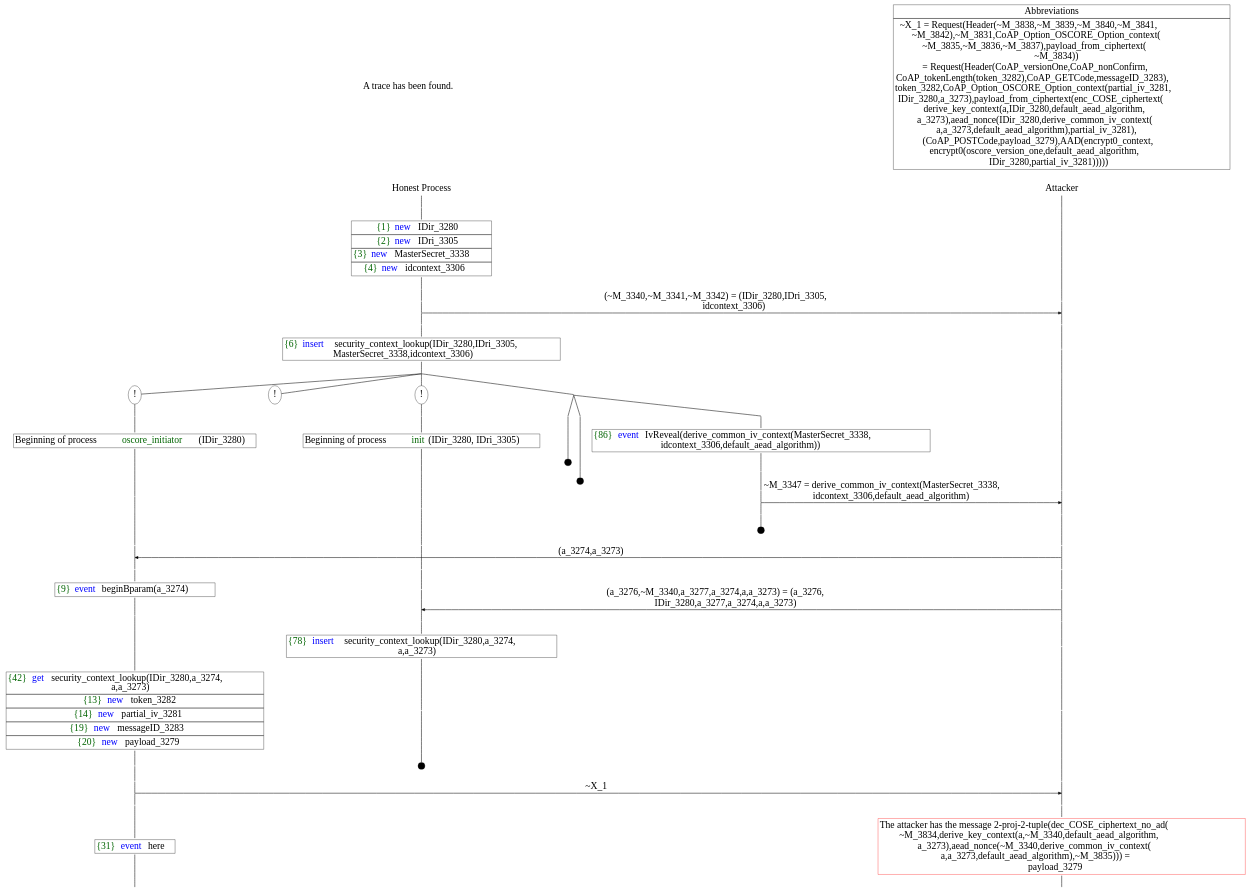
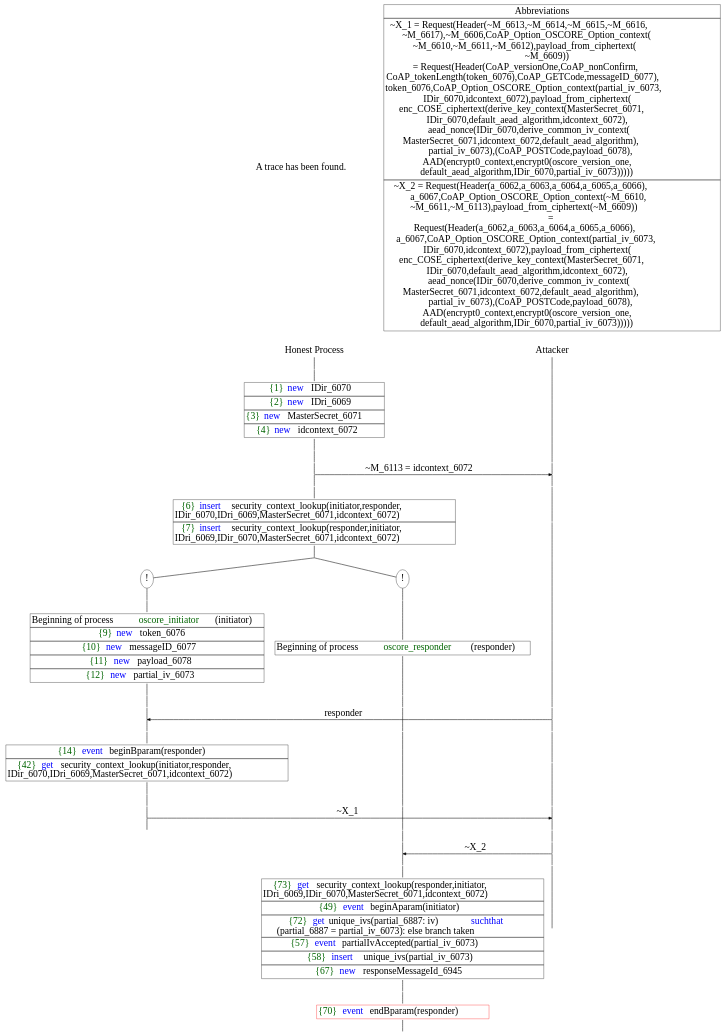
Before and after one commit to joakiti/OSCOREProverif: the diagram in trace1.dot, drawn with Graphviz. The commit also changed 14 other files, not shown here.

Commit message:
Huge refactor, probably broke something.. Anyhow, security context is now decent!

```diff
--- a/trace1.dot
+++ b/trace1.dot
@@ -9,7 +9,7 @@
 Trace -> P0__0 [label = "", style = invisible, weight = 100]{rank = same; P0__0 P__0}
 P0__0 -> P0__1 [label = <>, weight = 100]
 P0__1 -> P0__2 [label = <>, weight = 100]
-P0__2 [shape = plaintext, label = <<TABLE BORDER="0" CELLBORDER="1" CELLSPACING="0" CELLPADDING="4"> <TR><TD><FONT COLOR="darkgreen">{1}</FONT><FONT COLOR="blue">new </FONT>IDir_3280</TD></TR><TR><TD><FONT COLOR="darkgreen">{2}</FONT><FONT COLOR="blue">new </FONT>IDri_3305</TD></TR><TR><TD><FONT COLOR="darkgreen">{3}</FONT><FONT COLOR="blue">new </FONT>MasterSecret_3338</TD></TR><TR><TD><FONT COLOR="darkgreen">{4}</FONT><FONT COLOR="blue">new </FONT>idcontext_3306</TD></TR></TABLE>>]
+P0__2 [shape = plaintext, label = <<TABLE BORDER="0" CELLBORDER="1" CELLSPACING="0" CELLPADDING="4"> <TR><TD><FONT COLOR="darkgreen">{1}</FONT><FONT COLOR="blue">new </FONT>IDir_6070</TD></TR><TR><TD><FONT COLOR="darkgreen">{2}</FONT><FONT COLOR="blue">new </FONT>IDri_6069</TD></TR><TR><TD><FONT COLOR="darkgreen">{3}</FONT><FONT COLOR="blue">new </FONT>MasterSecret_6071</TD></TR><TR><TD><FONT COLOR="darkgreen">{4}</FONT><FONT COLOR="blue">new </FONT>idcontext_6072</TD></TR></TABLE>>]
 P0__2 -> P0__3 [label = <>, weight = 100]
 P0__3 -> P0__4 [label = <>, weight = 100]
 P__0 -> P__1 [label = <>, weight = 100]
@@ -17,185 +17,116 @@
 P0__4 -> P0__5 [label = <>, weight = 100]
 P__1 -> P__2 [label = <>, weight = 100]
 {rank = same; P__2 P0__5}
-P0__5 -> P__2 [label = <(~M_3340,~M_3341,~M_3342) = (IDir_3280,IDri_3305,<br/>
-idcontext_3306)>, arrowhead = normal]
+P0__5 -> P__2 [label = <~M_6113 = idcontext_6072>, arrowhead = normal]
 P0__5 -> P0__6 [label = <>, weight = 100]
 P__2 -> P__3 [label = <>, weight = 100]
 {rank = same; P__3 P0__6}
 P0__6 -> P0__7 [label = <>, weight = 100]
-P0__7 [shape = plaintext, label = <<TABLE BORDER="0" CELLBORDER="1" CELLSPACING="0" CELLPADDING="4"> <TR><TD><FONT COLOR="darkgreen">{6}</FONT><FONT COLOR="blue">insert </FONT>security_context_lookup(IDir_3280,IDri_3305,<br/>
-MasterSecret_3338,idcontext_3306)</TD></TR></TABLE>>]
+P0__7 [shape = plaintext, label = <<TABLE BORDER="0" CELLBORDER="1" CELLSPACING="0" CELLPADDING="4"> <TR><TD><FONT COLOR="darkgreen">{6}</FONT><FONT COLOR="blue">insert </FONT>security_context_lookup(initiator,responder,<br/>
+IDir_6070,IDri_6069,MasterSecret_6071,idcontext_6072)<br/>
+</TD></TR><TR><TD><FONT COLOR="darkgreen">{7}</FONT><FONT COLOR="blue">insert </FONT>security_context_lookup(responder,initiator,<br/>
+IDri_6069,IDir_6070,MasterSecret_6071,idcontext_6072)<br/>
+</TD></TR></TABLE>>]
 P0__7 -> P0__8 [label = <>, weight = 100]
 P__3 -> P__4 [label = <>, weight = 100]
 {rank = same; P__4 P0__7}
 /*RPar */
-P0__8 -> P0_3__8 [label = <>]
-P0__8 -> P0_2__8 [label = <>]
 P0__8 -> P0_1__8 [label = <>]
 P0__8 -> P0_0__8 [label = <>]
 P0__8 [label = "", fixedsize = false, width = 0, height = 0, shape = none]
-{rank = same; P0_0__8 P0_1__8 P0_2__8 P0_3__8}
-/*RPar */
-P0_0__8 -> P0_0_2__8 [label = <>]
-P0_0__8 -> P0_0_1__8 [label = <>]
-P0_0__8 -> P0_0_0__8 [label = <>]
-P0_0__8 [label = "", fixedsize = false, width = 0, height = 0, shape = none]
-{rank = same; P0_0_0__8 P0_0_1__8 P0_0_2__8}
+{rank = same; P0_0__8 P0_1__8}
+P0_0__8 [label = "!", shape = ellipse]
+P0_0_0__8 [label = "", fixedsize = false, width = 0, height = 0, shape = none]
+P0_0__8 -> P0_0_0__8 [label = <>, weight = 100]
 P0_0_0__8 -> P0_0_0__9 [label = <>, weight = 100]
-P0_0_0__9 [shape = plaintext, label = <<TABLE BORDER="0" CELLBORDER="1" CELLSPACING="0" CELLPADDING="4"> <TR><TD><FONT COLOR="darkgreen">{86}</FONT><FONT COLOR="blue">event</FONT> IvReveal(derive_common_iv_context(MasterSecret_3338,<br/>
-idcontext_3306,default_aead_algorithm))</TD></TR></TABLE>>]
+P0_0_0__9 [shape = plaintext, label = <<TABLE BORDER="0" CELLBORDER="1" CELLSPACING="0" CELLPADDING="4"> <TR><TD>Beginning of process <FONT COLOR="darkgreen">oscore_responder</FONT>(responder)<br/>
+</TD></TR></TABLE>>]
 P0_0_0__9 -> P0_0_0__10 [label = <>, weight = 100]
-P0_0_0__10 -> P0_0_0__11 [label = <>, weight = 100]
-P__4 -> P__5 [label = <>, weight = 100]
-{rank = same; P__5 P0_0_0__11}
-P0_0_0__11 -> P0_0_0__12 [label = <>, weight = 100]
-P__5 -> P__6 [label = <>, weight = 100]
-{rank = same; P__6 P0_0_0__12}
-P0_0_0__12 -> P__6 [label = <~M_3347 = derive_common_iv_context(MasterSecret_3338,<br/>
-idcontext_3306,default_aead_algorithm)>, arrowhead = normal]
-P0_0_0__12 -> P0_0_0__13 [label = <>, weight = 100]
-P__6 -> P__7 [label = <>, weight = 100]
-{rank = same; P__7 P0_0_0__13}
-P0_0_0__14 [label = "", width = 0.3, height = 0.3]
-P0_0_0__13 -> P0_0_0__14 [label = <>, weight = 100]
-P0_0_1__9 [label = "", width = 0.3, height = 0.3]
-P0_0_1__8 -> P0_0_1__9 [label = <>, weight = 100]
-P0_0_2__9 [label = "", width = 0.3, height = 0.3]
-P0_0_2__8 -> P0_0_2__9 [label = <>, weight = 100]
 P0_1__8 [label = "!", shape = ellipse]
 P0_1_0__8 [label = "", fixedsize = false, width = 0, height = 0, shape = none]
 P0_1__8 -> P0_1_0__8 [label = <>, weight = 100]
 P0_1_0__8 -> P0_1_0__9 [label = <>, weight = 100]
-P0_1_0__9 [shape = plaintext, label = <<TABLE BORDER="0" CELLBORDER="1" CELLSPACING="0" CELLPADDING="4"> <TR><TD>Beginning of process <FONT COLOR="darkgreen">init</FONT>(IDir_3280, IDri_3305)<br/>
+P0_1_0__9 [shape = plaintext, label = <<TABLE BORDER="0" CELLBORDER="1" CELLSPACING="0" CELLPADDING="4"> <TR><TD>Beginning of process <FONT COLOR="darkgreen">oscore_initiator</FONT>(initiator)<br/>
+</TD></TR><TR><TD><FONT COLOR="darkgreen">{9}</FONT><FONT COLOR="blue">new </FONT>token_6076</TD></TR><TR><TD><FONT COLOR="darkgreen">{10}</FONT><FONT COLOR="blue">new </FONT>messageID_6077</TD></TR><TR><TD><FONT COLOR="darkgreen">{11}</FONT><FONT COLOR="blue">new </FONT>payload_6078</TD></TR><TR><TD><FONT COLOR="darkgreen">{12}</FONT><FONT COLOR="blue">new </FONT>partial_iv_6073</TD></TR></TABLE>>]
+P0_1_0__9 -> P0_1_0__10 [label = <>, weight = 100]
+P0_1_0__10 -> P0_1_0__11 [label = <>, weight = 100]
+P0_0_0__10 -> P0_0_0__11 [label = <>, weight = 100]
+P__4 -> P__5 [label = <>, weight = 100]
+{rank = same; P__5 P0_0_0__11 P0_1_0__11}
+P0_1_0__11 -> P0_1_0__12 [label = <>, weight = 100]
+P__5 -> P__6 [label = <>, weight = 100]
+{rank = same; P__6 P0_1_0__12}
+P0_1_0__12 -> P__6 [label = <responder>, dir = back, arrowhead = normal]
+P0_1_0__12 -> P0_1_0__13 [label = <>, weight = 100]
+P0_0_0__11 -> P0_0_0__12 [label = <>, weight = 100]
+P__6 -> P__7 [label = <>, weight = 100]
+{rank = same; P__7 P0_0_0__12 P0_1_0__13}
+P0_1_0__13 -> P0_1_0__14 [label = <>, weight = 100]
+P0_1_0__14 [shape = plaintext, label = <<TABLE BORDER="0" CELLBORDER="1" CELLSPACING="0" CELLPADDING="4"> <TR><TD><FONT COLOR="darkgreen">{14}</FONT><FONT COLOR="blue">event</FONT> beginBparam(responder)</TD></TR><TR><TD><FONT COLOR="darkgreen">{42}</FONT><FONT COLOR="blue">get </FONT>security_context_lookup(initiator,responder,<br/>
+IDir_6070,IDri_6069,MasterSecret_6071,idcontext_6072)<br/>
 </TD></TR></TABLE>>]
-P0_1_0__9 -> P0_1_0__10 [label = <>, weight = 100]
-P0_2__8 [label = "!", shape = ellipse]
-P0_3__8 [label = "!", shape = ellipse]
-P0_3_0__8 [label = "", fixedsize = false, width = 0, height = 0, shape = none]
-P0_3__8 -> P0_3_0__8 [label = <>, weight = 100]
-P0_3_0__8 -> P0_3_0__9 [label = <>, weight = 100]
-P0_3_0__9 [shape = plaintext, label = <<TABLE BORDER="0" CELLBORDER="1" CELLSPACING="0" CELLPADDING="4"> <TR><TD>Beginning of process <FONT COLOR="darkgreen">oscore_initiator</FONT>(IDir_3280)<br/>
-</TD></TR></TABLE>>]
-P0_3_0__9 -> P0_3_0__10 [label = <>, weight = 100]
-P0_3_0__10 -> P0_3_0__11 [label = <>, weight = 100]
-P0_2__9 [label = "", style = invisible]
-P0_2__8 -> P0_2__9 [label = <>, weight = 100, style = invisible]
-P0_1_0__10 -> P0_1_0__11 [label = <>, weight = 100]
-P0_0_2__10 [label = "", style = invisible]
-P0_0_2__9 -> P0_0_2__10 [label = <>, weight = 100, style = invisible]
-P0_0_1__10 [label = "", style = invisible]
-P0_0_1__9 -> P0_0_1__10 [label = <>, weight = 100, style = invisible]
-P0_0_0__15 [label = "", style = invisible]
-P0_0_0__14 -> P0_0_0__15 [label = <>, weight = 100, style = invisible]
+P0_1_0__14 -> P0_1_0__15 [label = <>, weight = 100]
 P__7 -> P__8 [label = <>, weight = 100]
-{rank = same; P__8 P0_0_0__15 P0_0_1__10 P0_0_2__10 P0_1_0__11 P0_2__9 P0_3_0__11}
-P0_3_0__11 -> P0_3_0__12 [label = <>, weight = 100]
+{rank = same; P__8 P0_1_0__14}
+P0_1_0__15 -> P0_1_0__16 [label = <>, weight = 100]
+P0_0_0__12 -> P0_0_0__13 [label = <>, weight = 100]
 P__8 -> P__9 [label = <>, weight = 100]
-{rank = same; P__9 P0_3_0__12}
-P0_3_0__12 -> P__9 [label = <(a_3274,a_3273)>, dir = back, arrowhead = normal]
-P0_3_0__12 -> P0_3_0__13 [label = <>, weight = 100]
-P0_2__10 [label = "", style = invisible]
-P0_2__9 -> P0_2__10 [label = <>, weight = 100, style = invisible]
-P0_1_0__11 -> P0_1_0__12 [label = <>, weight = 100]
-P0_0_2__11 [label = "", style = invisible]
-P0_0_2__10 -> P0_0_2__11 [label = <>, weight = 100, style = invisible]
-P0_0_1__11 [label = "", style = invisible]
-P0_0_1__10 -> P0_0_1__11 [label = <>, weight = 100, style = invisible]
-P0_0_0__16 [label = "", style = invisible]
-P0_0_0__15 -> P0_0_0__16 [label = <>, weight = 100, style = invisible]
+{rank = same; P__9 P0_0_0__13 P0_1_0__16}
+P0_1_0__16 -> P0_1_0__17 [label = <>, weight = 100]
 P__9 -> P__10 [label = <>, weight = 100]
-{rank = same; P__10 P0_0_0__16 P0_0_1__11 P0_0_2__11 P0_1_0__12 P0_2__10 P0_3_0__13}
-P0_3_0__13 -> P0_3_0__14 [label = <>, weight = 100]
-P0_3_0__14 [shape = plaintext, label = <<TABLE BORDER="0" CELLBORDER="1" CELLSPACING="0" CELLPADDING="4"> <TR><TD><FONT COLOR="darkgreen">{9}</FONT><FONT COLOR="blue">event</FONT> beginBparam(a_3274)</TD></TR></TABLE>>]
-P0_3_0__14 -> P0_3_0__15 [label = <>, weight = 100]
-P0_1_0__12 -> P0_1_0__13 [label = <>, weight = 100]
-P0_0_2__12 [label = "", style = invisible]
-P0_0_2__11 -> P0_0_2__12 [label = <>, weight = 100, style = invisible]
-P0_0_1__12 [label = "", style = invisible]
-P0_0_1__11 -> P0_0_1__12 [label = <>, weight = 100, style = invisible]
-P0_0_0__17 [label = "", style = invisible]
-P0_0_0__16 -> P0_0_0__17 [label = <>, weight = 100, style = invisible]
+{rank = same; P__10 P0_1_0__17}
+P0_1_0__17 -> P__10 [label = <~X_1>, arrowhead = normal]
+P0_1_0__17 -> P0_1_0__18 [label = <>, weight = 100]
+P0_0_0__13 -> P0_0_0__14 [label = <>, weight = 100]
 P__10 -> P__11 [label = <>, weight = 100]
-{rank = same; P__11 P0_0_0__17 P0_0_1__12 P0_0_2__12 P0_1_0__13}
-P0_1_0__13 -> P0_1_0__14 [label = <>, weight = 100]
+{rank = same; P__11 P0_0_0__14 P0_1_0__18}
+P0_0_0__14 -> P0_0_0__15 [label = <>, weight = 100]
 P__11 -> P__12 [label = <>, weight = 100]
-{rank = same; P__12 P0_1_0__14}
-P0_1_0__14 -> P__12 [label = <(a_3276,~M_3340,a_3277,a_3274,a,a_3273) = (a_3276,<br/>
-IDir_3280,a_3277,a_3274,a,a_3273)>, dir = back, arrowhead = normal]
-P0_1_0__14 -> P0_1_0__15 [label = <>, weight = 100]
-P0_0_2__13 [label = "", style = invisible]
-P0_0_2__12 -> P0_0_2__13 [label = <>, weight = 100, style = invisible]
-P0_0_1__13 [label = "", style = invisible]
-P0_0_1__12 -> P0_0_1__13 [label = <>, weight = 100, style = invisible]
-P0_0_0__18 [label = "", style = invisible]
-P0_0_0__17 -> P0_0_0__18 [label = <>, weight = 100, style = invisible]
+{rank = same; P__12 P0_0_0__15}
+P0_0_0__15 -> P0_0_0__16 [label = <>, weight = 100]
 P__12 -> P__13 [label = <>, weight = 100]
-{rank = same; P__13 P0_0_0__18 P0_0_1__13 P0_0_2__13 P0_1_0__15}
-P0_1_0__15 -> P0_1_0__16 [label = <>, weight = 100]
-P0_1_0__16 [shape = plaintext, label = <<TABLE BORDER="0" CELLBORDER="1" CELLSPACING="0" CELLPADDING="4"> <TR><TD><FONT COLOR="darkgreen">{78}</FONT><FONT COLOR="blue">insert </FONT>security_context_lookup(IDir_3280,a_3274,<br/>
-a,a_3273)</TD></TR></TABLE>>]
-P0_1_0__16 -> P0_1_0__17 [label = <>, weight = 100]
+{rank = same; P__13 P0_0_0__16}
+P0_0_0__16 -> P__13 [label = <~X_2>, dir = back, arrowhead = normal]
+P0_0_0__16 -> P0_0_0__17 [label = <>, weight = 100]
 P__13 -> P__14 [label = <>, weight = 100]
-{rank = same; P__14 P0_1_0__16}
-P0_1_0__18 [label = "", width = 0.3, height = 0.3]
-P0_1_0__17 -> P0_1_0__18 [label = <>, weight = 100]
-P0_3_0__15 -> P0_3_0__16 [label = <>, weight = 100]
-P0_3_0__16 [shape = plaintext, label = <<TABLE BORDER="0" CELLBORDER="1" CELLSPACING="0" CELLPADDING="4"> <TR><TD><FONT COLOR="darkgreen">{42}</FONT><FONT COLOR="blue">get </FONT>security_context_lookup(IDir_3280,a_3274,<br/>
-a,a_3273)</TD></TR><TR><TD><FONT COLOR="darkgreen">{13}</FONT><FONT COLOR="blue">new </FONT>token_3282</TD></TR><TR><TD><FONT COLOR="darkgreen">{14}</FONT><FONT COLOR="blue">new </FONT>partial_iv_3281</TD></TR><TR><TD><FONT COLOR="darkgreen">{19}</FONT><FONT COLOR="blue">new </FONT>messageID_3283</TD></TR><TR><TD><FONT COLOR="darkgreen">{20}</FONT><FONT COLOR="blue">new </FONT>payload_3279</TD></TR></TABLE>>]
-P0_3_0__16 -> P0_3_0__17 [label = <>, weight = 100]
+{rank = same; P__14 P0_0_0__17}
+P0_0_0__17 -> P0_0_0__18 [label = <>, weight = 100]
+P0_0_0__18 [shape = plaintext, label = <<TABLE BORDER="0" CELLBORDER="1" CELLSPACING="0" CELLPADDING="4"> <TR><TD><FONT COLOR="darkgreen">{73}</FONT><FONT COLOR="blue">get </FONT>security_context_lookup(responder,initiator,<br/>
+IDri_6069,IDir_6070,MasterSecret_6071,idcontext_6072)<br/>
+</TD></TR><TR><TD><FONT COLOR="darkgreen">{49}</FONT><FONT COLOR="blue">event</FONT> beginAparam(initiator)</TD></TR><TR><TD><FONT COLOR="darkgreen">{72}</FONT><FONT COLOR="blue">get</FONT> unique_ivs(partial_6887: iv) <FONT COLOR="blue">suchthat</FONT> <br/>
+(partial_6887 = partial_iv_6073): else branch taken<br/>
+</TD></TR><TR><TD><FONT COLOR="darkgreen">{57}</FONT><FONT COLOR="blue">event</FONT> partialIvAccepted(partial_iv_6073)</TD></TR><TR><TD><FONT COLOR="darkgreen">{58}</FONT><FONT COLOR="blue">insert </FONT>unique_ivs(partial_iv_6073)</TD></TR><TR><TD><FONT COLOR="darkgreen">{67}</FONT><FONT COLOR="blue">new </FONT>responseMessageId_6945</TD></TR></TABLE>>]
+P0_0_0__18 -> P0_0_0__19 [label = <>, weight = 100]
 P__14 -> P__15 [label = <>, weight = 100]
-{rank = same; P__15 P0_3_0__16}
-P0_3_0__17 -> P0_3_0__18 [label = <>, weight = 100]
-P0_2__11 [label = "", style = invisible]
-P0_2__10 -> P0_2__11 [label = <>, weight = 100, style = invisible]
-P0_1_0__19 [label = "", style = invisible]
-P0_1_0__18 -> P0_1_0__19 [label = <>, weight = 100, style = invisible]
-P0_0_2__14 [label = "", style = invisible]
-P0_0_2__13 -> P0_0_2__14 [label = <>, weight = 100, style = invisible]
-P0_0_1__14 [label = "", style = invisible]
-P0_0_1__13 -> P0_0_1__14 [label = <>, weight = 100, style = invisible]
-P0_0_0__19 [label = "", style = invisible]
-P0_0_0__18 -> P0_0_0__19 [label = <>, weight = 100, style = invisible]
-P__15 -> P__16 [label = <>, weight = 100]
-{rank = same; P__16 P0_0_0__19 P0_0_1__14 P0_0_2__14 P0_1_0__19 P0_2__11 P0_3_0__18}
-P0_3_0__18 -> P0_3_0__19 [label = <>, weight = 100]
-P__16 -> P__17 [label = <>, weight = 100]
-{rank = same; P__17 P0_3_0__19}
-P0_3_0__19 -> P__17 [label = <~X_1>, arrowhead = normal]
-P0_3_0__19 -> P0_3_0__20 [label = <>, weight = 100]
-P0_2__12 [label = "", style = invisible]
-P0_2__11 -> P0_2__12 [label = <>, weight = 100, style = invisible]
-P0_1_0__20 [label = "", style = invisible]
-P0_1_0__19 -> P0_1_0__20 [label = <>, weight = 100, style = invisible]
-P0_0_2__15 [label = "", style = invisible]
-P0_0_2__14 -> P0_0_2__15 [label = <>, weight = 100, style = invisible]
-P0_0_1__15 [label = "", style = invisible]
-P0_0_1__14 -> P0_0_1__15 [label = <>, weight = 100, style = invisible]
-P0_0_0__20 [label = "", style = invisible]
-P0_0_0__19 -> P0_0_0__20 [label = <>, weight = 100, style = invisible]
-P__17 -> P__18 [label = <>, weight = 100]
-{rank = same; P__18 P0_0_0__20 P0_0_1__15 P0_0_2__15 P0_1_0__20 P0_2__12 P0_3_0__20}
-P0_3_0__20 -> P0_3_0__21 [label = <>, weight = 100]
-P0_3_0__21 [shape = plaintext, label = <<TABLE BORDER="0" CELLBORDER="1" CELLSPACING="0" CELLPADDING="4"> <TR><TD><FONT COLOR="darkgreen">{31}</FONT><FONT COLOR="blue">event</FONT> here</TD></TR></TABLE>>]
-P0_3_0__21 -> P0_3_0__22 [label = <>, weight = 100]
-P__18 -> P__19 [label = <>, weight = 100]
-P__19 [color = red, shape = plaintext, label = <<TABLE BORDER="0" CELLBORDER="1" CELLSPACING="0" CELLPADDING="4"> <TR><TD>The attacker has the message 2-proj-2-tuple(dec_COSE_ciphertext_no_ad(<br/>
-~M_3834,derive_key_context(a,~M_3340,default_aead_algorithm,<br/>
-a_3273),aead_nonce(~M_3340,derive_common_iv_context(<br/>
-a,a_3273,default_aead_algorithm),~M_3835))) = <br/>
-payload_3279</TD></TR></TABLE>>]
-P__19 -> P__20 [label = <>, weight = 100]
-Abbrev [shape = plaintext, label = <<TABLE BORDER="0" CELLBORDER="1" CELLSPACING="0" CELLPADDING="4"><TR> <TD> Abbreviations </TD></TR><TR><TD>~X_1 = Request(Header(~M_3838,~M_3839,~M_3840,~M_3841,<br/>
-~M_3842),~M_3831,CoAP_Option_OSCORE_Option_context(<br/>
-~M_3835,~M_3836,~M_3837),payload_from_ciphertext(<br/>
-~M_3834))<br/>
+{rank = same; P__15 P0_0_0__18}
+P0_0_0__19 -> P0_0_0__20 [label = <>, weight = 100]
+P0_0_0__20 [color = red, shape = plaintext, label = <<TABLE BORDER="0" CELLBORDER="1" CELLSPACING="0" CELLPADDING="4"> <TR><TD><FONT COLOR="darkgreen">{70}</FONT><FONT COLOR="blue">event</FONT> endBparam(responder)</TD></TR></TABLE>>]
+P0_0_0__20 -> P0_0_0__21 [label = <>, weight = 100]
+Abbrev [shape = plaintext, label = <<TABLE BORDER="0" CELLBORDER="1" CELLSPACING="0" CELLPADDING="4"><TR> <TD> Abbreviations </TD></TR><TR><TD>~X_1 = Request(Header(~M_6613,~M_6614,~M_6615,~M_6616,<br/>
+~M_6617),~M_6606,CoAP_Option_OSCORE_Option_context(<br/>
+~M_6610,~M_6611,~M_6612),payload_from_ciphertext(<br/>
+~M_6609))<br/>
 = Request(Header(CoAP_versionOne,CoAP_nonConfirm,<br/>
-CoAP_tokenLength(token_3282),CoAP_GETCode,messageID_3283),<br/>
-token_3282,CoAP_Option_OSCORE_Option_context(partial_iv_3281,<br/>
-IDir_3280,a_3273),payload_from_ciphertext(enc_COSE_ciphertext(<br/>
-derive_key_context(a,IDir_3280,default_aead_algorithm,<br/>
-a_3273),aead_nonce(IDir_3280,derive_common_iv_context(<br/>
-a,a_3273,default_aead_algorithm),partial_iv_3281),<br/>
-(CoAP_POSTCode,payload_3279),AAD(encrypt0_context,<br/>
-encrypt0(oscore_version_one,default_aead_algorithm,<br/>
-IDir_3280,partial_iv_3281)))))</TD></TR></TABLE>>]Abbrev -> P__0 [style = invisible, weight =100]}
+CoAP_tokenLength(token_6076),CoAP_GETCode,messageID_6077),<br/>
+token_6076,CoAP_Option_OSCORE_Option_context(partial_iv_6073,<br/>
+IDir_6070,idcontext_6072),payload_from_ciphertext(<br/>
+enc_COSE_ciphertext(derive_key_context(MasterSecret_6071,<br/>
+IDir_6070,default_aead_algorithm,idcontext_6072),<br/>
+aead_nonce(IDir_6070,derive_common_iv_context(<br/>
+MasterSecret_6071,idcontext_6072,default_aead_algorithm),<br/>
+partial_iv_6073),(CoAP_POSTCode,payload_6078),<br/>
+AAD(encrypt0_context,encrypt0(oscore_version_one,<br/>
+default_aead_algorithm,IDir_6070,partial_iv_6073)))))</TD></TR><TR><TD>~X_2 = Request(Header(a_6062,a_6063,a_6064,a_6065,a_6066),<br/>
+a_6067,CoAP_Option_OSCORE_Option_context(~M_6610,<br/>
+~M_6611,~M_6113),payload_from_ciphertext(~M_6609))<br/>
+=<br/>
+Request(Header(a_6062,a_6063,a_6064,a_6065,a_6066),<br/>
+a_6067,CoAP_Option_OSCORE_Option_context(partial_iv_6073,<br/>
+IDir_6070,idcontext_6072),payload_from_ciphertext(<br/>
+enc_COSE_ciphertext(derive_key_context(MasterSecret_6071,<br/>
+IDir_6070,default_aead_algorithm,idcontext_6072),<br/>
+aead_nonce(IDir_6070,derive_common_iv_context(<br/>
+MasterSecret_6071,idcontext_6072,default_aead_algorithm),<br/>
+partial_iv_6073),(CoAP_POSTCode,payload_6078),<br/>
+AAD(encrypt0_context,encrypt0(oscore_version_one,<br/>
+default_aead_algorithm,IDir_6070,partial_iv_6073)))))</TD></TR></TABLE>>]Abbrev -> P__0 [style = invisible, weight =100]}
```
